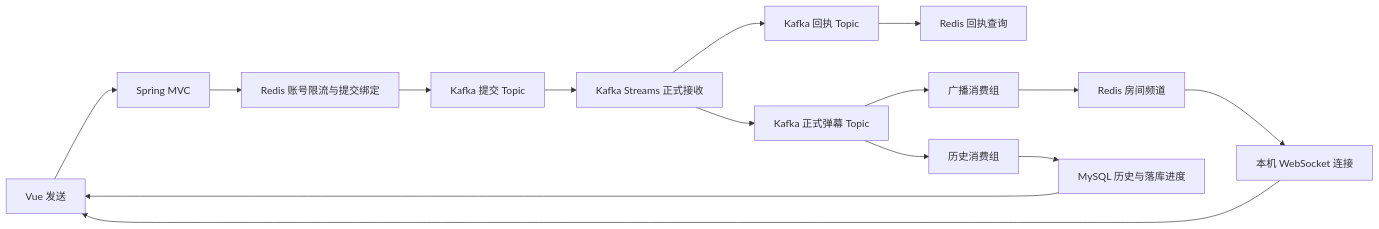
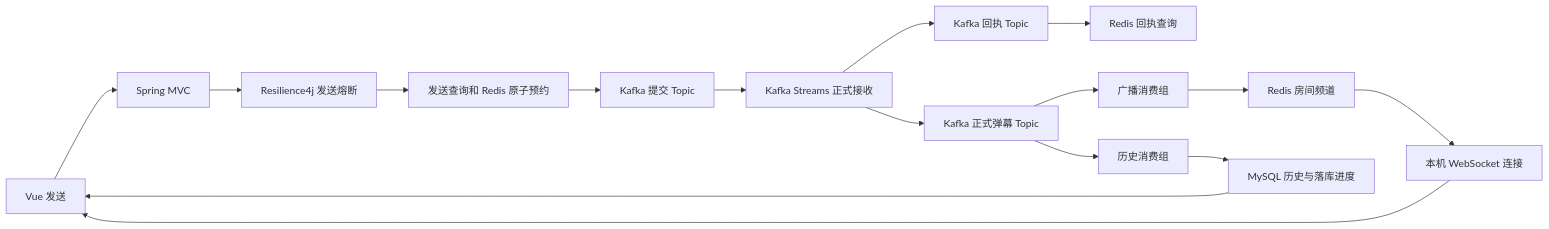
The diagram in docs/design/room-messages/v2/design.md (YeZibn/LiveFlow), drawn with Mermaid before and after one commit. The commit also changed other lines of this file and 42 other files, not shown here.

````diff
--- a/docs/design/room-messages/v2/design.md
+++ b/docs/design/room-messages/v2/design.md
@@ -13,17 +13,18 @@
 ```mermaid
 flowchart LR
     Vue["Vue 发送"] --> MVC["Spring MVC"]
-    MVC --> Gate["Redis 账号限流与提交绑定"]
-    Gate --> Input["Kafka 提交 Topic"]
+    MVC --> Breaker["Resilience4j 发送熔断"]
+    Breaker --> Lookup["发送查询和 Redis 原子预约"]
+    Lookup --> Input["Kafka 提交 Topic"]
     Input --> Streams["Kafka Streams 正式接收"]
     Streams --> Events["Kafka 正式弹幕 Topic"]
     Streams --> Outcomes["Kafka 回执 Topic"]
     Outcomes --> Receipts["Redis 回执查询"]
     Events --> Relay["广播消费组"]
     Relay --> Channel["Redis 房间频道"]
     Channel --> Socket["本机 WebSocket 连接"]
     Socket --> Vue
     Events --> History["历史消费组"]
     History --> Database["MySQL 历史与落库进度"]
     Database --> Vue
 ```
````
